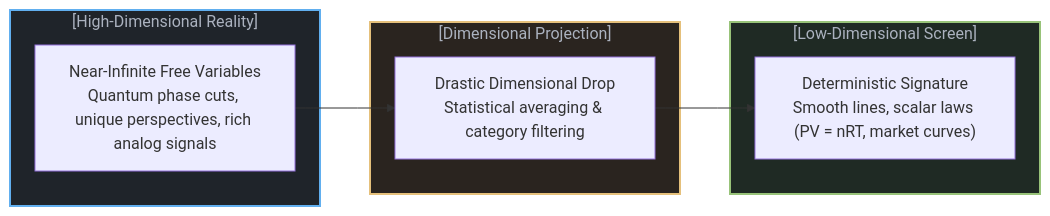
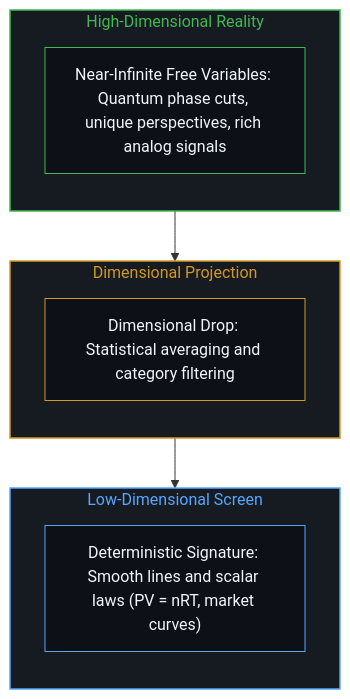
The fourth of 10 diagrams in content/posts/the-shadow-and-the-infinite.md (powerpig99/not-a-toe), drawn with Mermaid before and after one commit. The commit also changed other lines of this file and 19 other files, not shown here.

````diff
--- a/content/posts/the-shadow-and-the-infinite.md
+++ b/content/posts/the-shadow-and-the-infinite.md
@@ -115,21 +111,27 @@
 ```mermaid
-graph LR
-    subgraph HighDSpace["[High-Dimensional Reality]"]
-        MicroFluctuations["Near-Infinite Free Variables<br>Quantum phase cuts, unique perspectives, rich analog signals"]
+flowchart TD
+    subgraph HighDSpace["High-Dimensional Reality"]
+        direction TB
+        MicroFluctuations["Near-Infinite Free Variables: Quantum phase cuts, unique perspectives, rich analog signals"]
     end
 
-    subgraph ProjectionProcess["[Dimensional Projection]"]
-        Drop["Drastic Dimensional Drop<br>Statistical averaging & category filtering"]
+    subgraph ProjectionProcess["Dimensional Projection"]
+        direction TB
+        Drop["Dimensional Drop: Statistical averaging and category filtering"]
     end
 
-    subgraph LowDShadow["[Low-Dimensional Screen]"]
-        DeterministicLine["Deterministic Signature<br>Smooth lines, scalar laws (PV = nRT, market curves)"]
+    subgraph LowDShadow["Low-Dimensional Screen"]
+        direction TB
+        DeterministicLine["Deterministic Signature: Smooth lines and scalar laws (PV = nRT, market curves)"]
     end
 
     MicroFluctuations --> Drop
     Drop --> DeterministicLine
 
-    style HighDSpace fill:#1f242a,stroke:#61afef,stroke-width:2px,color:#abb2bf
-    style ProjectionProcess fill:#2a241f,stroke:#e5c07b,stroke-width:2px,color:#abb2bf
-    style LowDShadow fill:#1f2a24,stroke:#98c379,stroke-width:2px,color:#abb2bf
+    style HighDSpace fill:#161b22,stroke:#3fb950,stroke-width:1.5px,color:#3fb950
+    style ProjectionProcess fill:#161b22,stroke:#d29922,stroke-width:1.5px,color:#d29922
+    style LowDShadow fill:#161b22,stroke:#58a6ff,stroke-width:1.5px,color:#58a6ff
+    style MicroFluctuations fill:#0d1117,stroke:#3fb950,stroke-width:1px,color:#f0f6fc
+    style Drop fill:#0d1117,stroke:#d29922,stroke-width:1px,color:#f0f6fc
+    style DeterministicLine fill:#0d1117,stroke:#58a6ff,stroke-width:1px,color:#f0f6fc
 ```
````
